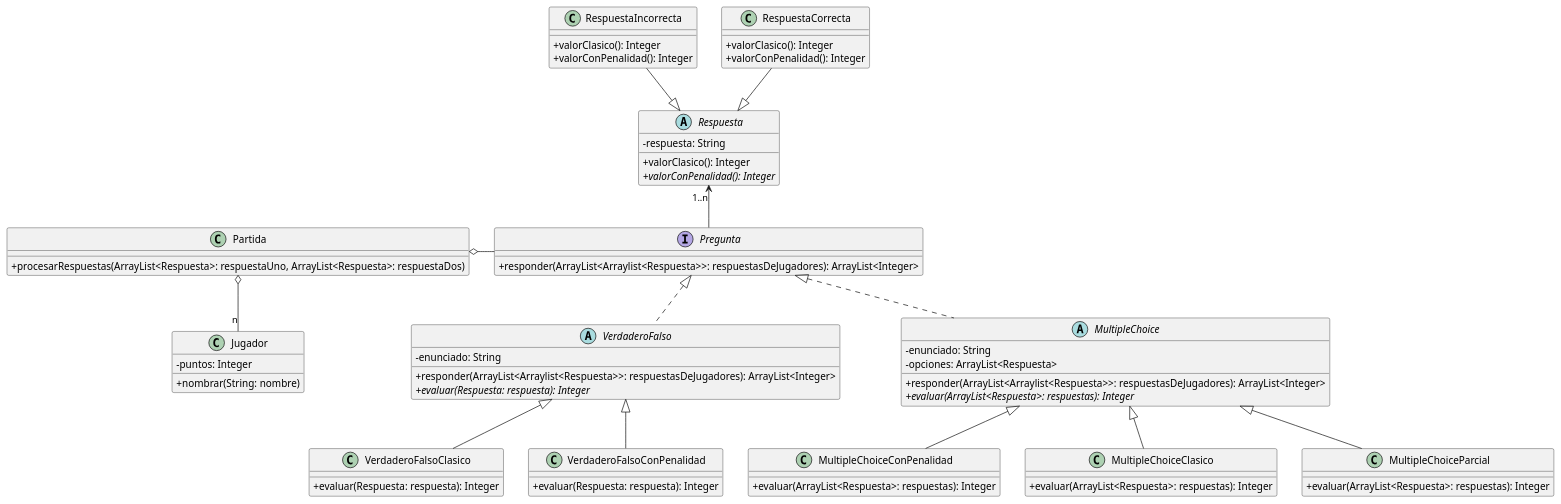
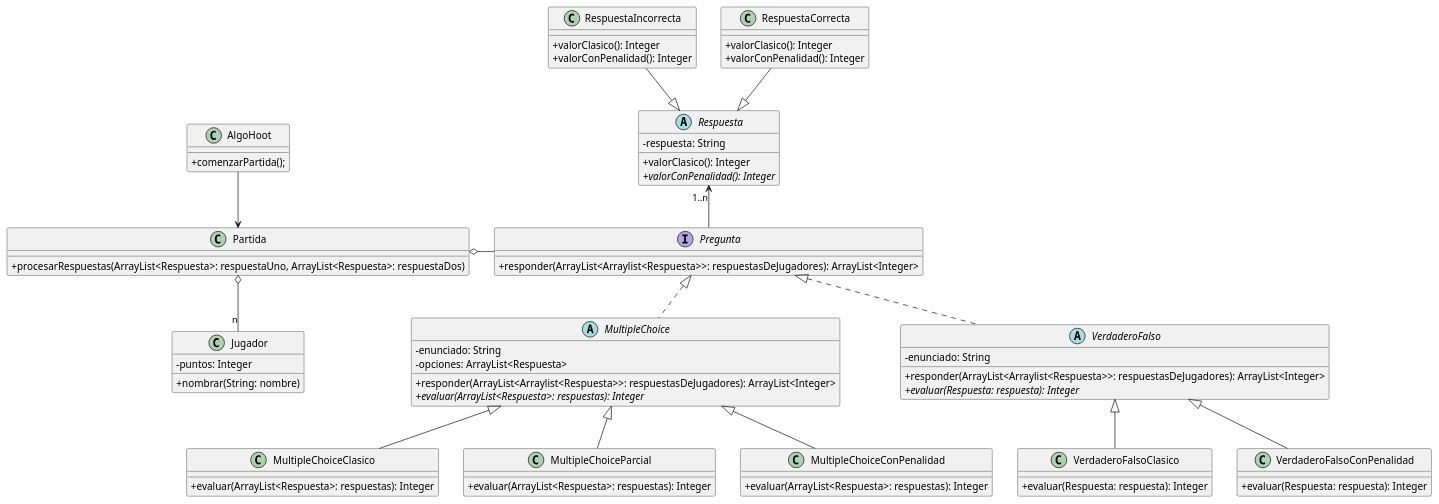
One commit to gimnasialp/algo3_proyecto_base_tp2 changed the diagram in diagrams/classes/entrega1/class-diagram.puml. Above: the diagram before and after it, drawn with PlantUML. The commit also changed 1 other file, not shown here.

Commit message:
actualizo diagrama y Test

```diff
--- a/diagrams/classes/entrega1/class-diagram.puml
+++ b/diagrams/classes/entrega1/class-diagram.puml
@@ -1,83 +1,87 @@
 @startuml
 skinparam classAttributeIconSize 0
 
+class AlgoHoot{
+    +comenzarPartida();
+}
 interface Pregunta {
     + responder(ArrayList<Arraylist<Respuesta>>: respuestasDeJugadores): ArrayList<Integer>
 }
 
 abstract class MultipleChoice {
     - enunciado: String
     - opciones: ArrayList<Respuesta>
     + responder(ArrayList<Arraylist<Respuesta>>: respuestasDeJugadores): ArrayList<Integer>
     + {abstract} evaluar(ArrayList<Respuesta>: respuestas): Integer
 }
 
 class MultipleChoiceClasico{
     + evaluar(ArrayList<Respuesta>: respuestas): Integer
 }
 
 class MultipleChoiceParcial{
     + evaluar(ArrayList<Respuesta>: respuestas): Integer
 }
 
 class MultipleChoiceConPenalidad{
     + evaluar(ArrayList<Respuesta>: respuestas): Integer
 }
 
 abstract class VerdaderoFalso {
     - enunciado: String
     + responder(ArrayList<Arraylist<Respuesta>>: respuestasDeJugadores): ArrayList<Integer>
     + {abstract} evaluar(Respuesta: respuesta): Integer
 }
 
 class VerdaderoFalsoClasico{
     + evaluar(Respuesta: respuesta): Integer
 }
 
 class VerdaderoFalsoConPenalidad{
     + evaluar(Respuesta: respuesta): Integer
 }
 
 abstract class Respuesta {
     - respuesta: String
     + valorClasico(): Integer
     + {abstract} valorConPenalidad(): Integer
 }
 
 class RespuestaCorrecta{
     + valorClasico(): Integer
     +  valorConPenalidad(): Integer
 }
 
 class RespuestaIncorrecta{
     + valorClasico(): Integer
     + valorConPenalidad(): Integer
 }
 
 class Partida{
     +procesarRespuestas(ArrayList<Respuesta>: respuestaUno, ArrayList<Respuesta>: respuestaDos)
 }
 
 class Jugador{
     - puntos: Integer
     + nombrar(String: nombre)
 }
 
 MultipleChoice <|-down- MultipleChoiceClasico
 MultipleChoice <|-down- MultipleChoiceParcial
 MultipleChoice <|-- MultipleChoiceConPenalidad
 VerdaderoFalso <|-- VerdaderoFalsoClasico
 VerdaderoFalso <|-- VerdaderoFalsoConPenalidad
 
 Pregunta -up-> "1..n" Respuesta
 
 Jugador "n" -up-o Partida
 Pregunta -left-o Partida
 
 Pregunta <|.. MultipleChoice
 Pregunta <|.. VerdaderoFalso
 Respuesta <|-up- RespuestaCorrecta
 Respuesta <|-up- RespuestaIncorrecta
 
+Partida <-up- AlgoHoot
 
 @enduml
```
